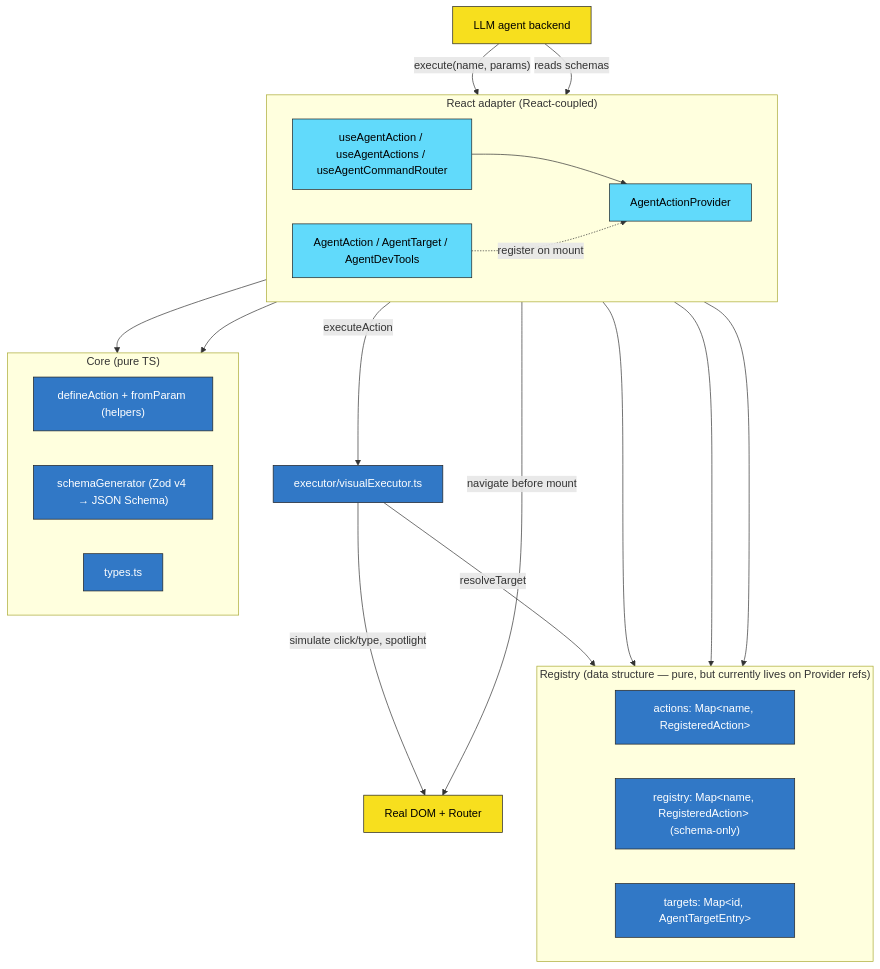
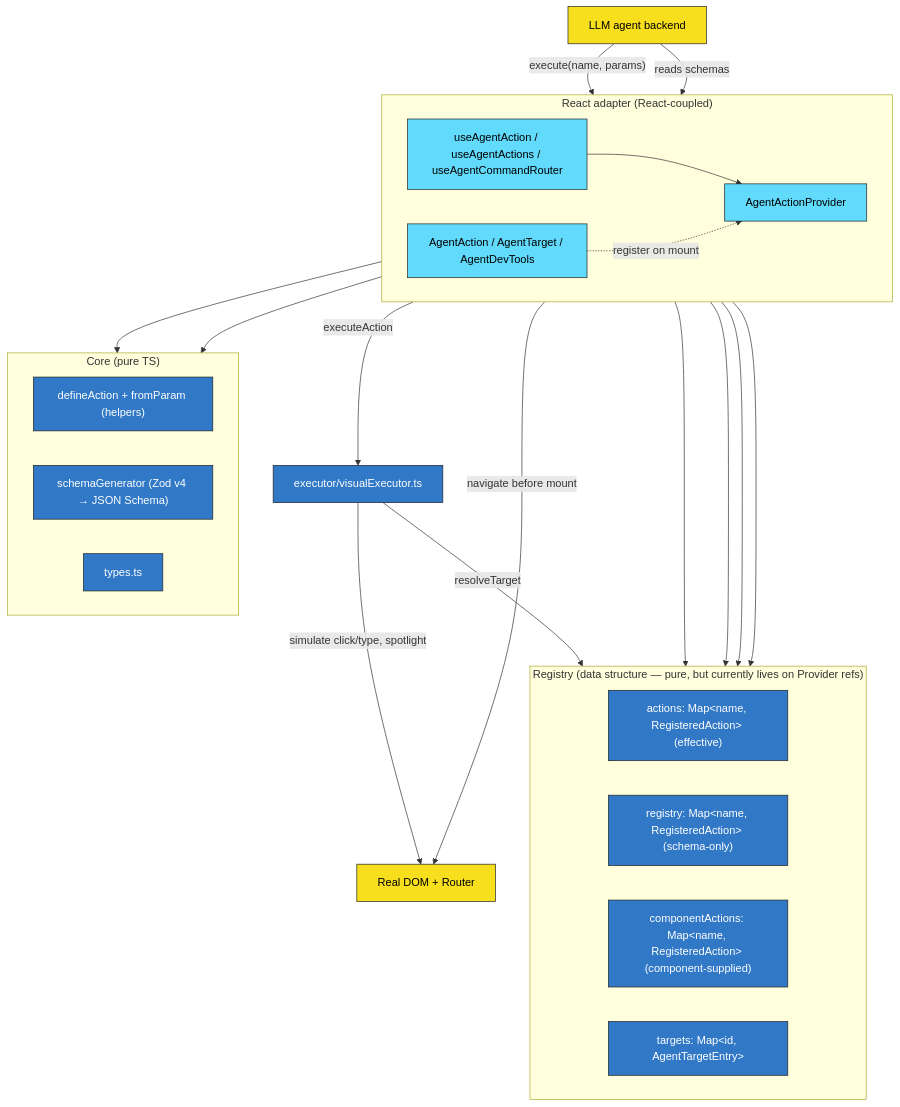
The first of 6 diagrams in docs/architecture.md (myDataValue/polter), drawn with Mermaid before and after one commit. The commit also changed other lines of this file and 8 other files, not shown here.

````diff
--- a/docs/architecture.md
+++ b/docs/architecture.md
@@ -15,42 +15,44 @@
 ```mermaid
 flowchart TB
   classDef react fill:#61dafb,stroke:#222,color:#000
   classDef core fill:#3178c6,stroke:#222,color:#fff
   classDef ext fill:#f7df1e,stroke:#222,color:#000
 
   LLM[LLM agent backend]:::ext
   subgraph React["React adapter (React-coupled)"]
     direction LR
     Provider[AgentActionProvider]:::react
     Components[AgentAction / AgentTarget / AgentDevTools]:::react
     Hooks[useAgentAction / useAgentActions / useAgentCommandRouter]:::react
   end
   subgraph Core["Core (pure TS)"]
     direction LR
     Helpers["defineAction + fromParam (helpers)"]:::core
     SchemaGen["schemaGenerator (Zod v4 → JSON Schema)"]:::core
     Types[types.ts]:::core
   end
   subgraph Registry["Registry (data structure — pure, but currently lives on Provider refs)"]
     direction LR
-    ActionsMap["actions: Map&lt;name, RegisteredAction&gt;"]:::core
+    ActionsMap["actions: Map&lt;name, RegisteredAction&gt; (effective)"]:::core
     RegistryMap["registry: Map&lt;name, RegisteredAction&gt; (schema-only)"]:::core
+    ComponentActionsMap["componentActions: Map&lt;name, RegisteredAction&gt; (component-supplied)"]:::core
     TargetsMap["targets: Map&lt;id, AgentTargetEntry&gt;"]:::core
   end
   Executor[executor/visualExecutor.ts]:::core
   DOM[Real DOM + Router]:::ext
 
   LLM -->|"execute(name, params)"| Hooks
   LLM -->|reads schemas| Hooks
   Hooks --> Provider
   Components -.register on mount.-> Provider
   Provider --> ActionsMap
   Provider --> RegistryMap
+  Provider --> ComponentActionsMap
   Provider --> TargetsMap
   Components --> Core
   Hooks --> Core
   Provider -->|executeAction| Executor
   Executor -->|resolveTarget| TargetsMap
   Executor -->|simulate click/type, spotlight| DOM
   Provider -->|navigate before mount| DOM
 ```
````
